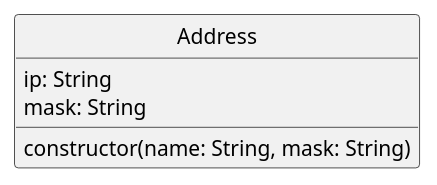
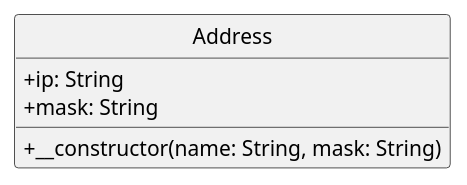
One commit to ifpb/php-guide changed the diagram in core/object/assets/object-ip.pu. Above: the diagram before and after it, drawn with PlantUML. The commit also changed 14 other files, not shown here.

Commit message:
ajustando uml do oo

```diff
--- a/core/object/assets/object-ip.pu
+++ b/core/object/assets/object-ip.pu
@@ -1,11 +1,11 @@
 @startuml
 skinparam classAttributeIconSize 0
 skinparam monochrome true
 hide circle
 
 class Address {
-    ip: String
-    mask: String
-    constructor(name: String, mask: String)
+    +ip: String
+    +mask: String
+    +__constructor(name: String, mask: String)
 }
 @enduml
```
